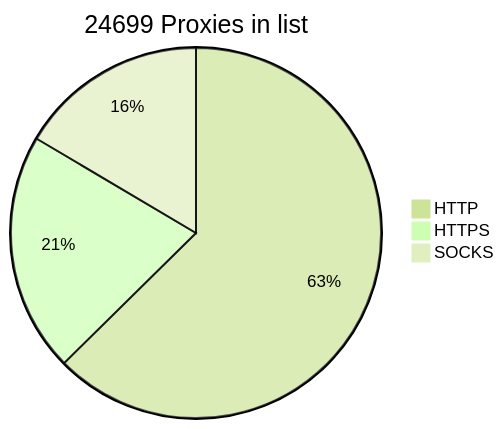
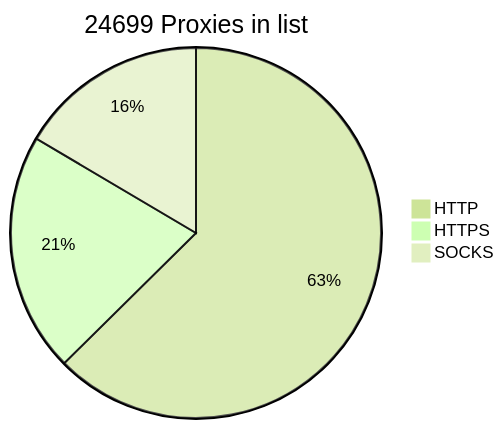
Before and after one commit to BlackSnowDot/proxylist-update-every-minute: the diagram in README.md, drawn with Mermaid (forest theme).

````diff
--- a/README.md
+++ b/README.md
@@ -2,6 +2,6 @@
 ```mermaid
 pie title 24699 Proxies in list
-    "HTTP" : 17918
-    "HTTPS": 5981
+    "HTTP" : 17907
+    "HTTPS": 5982
     "SOCKS" : 4720
 ```
````
